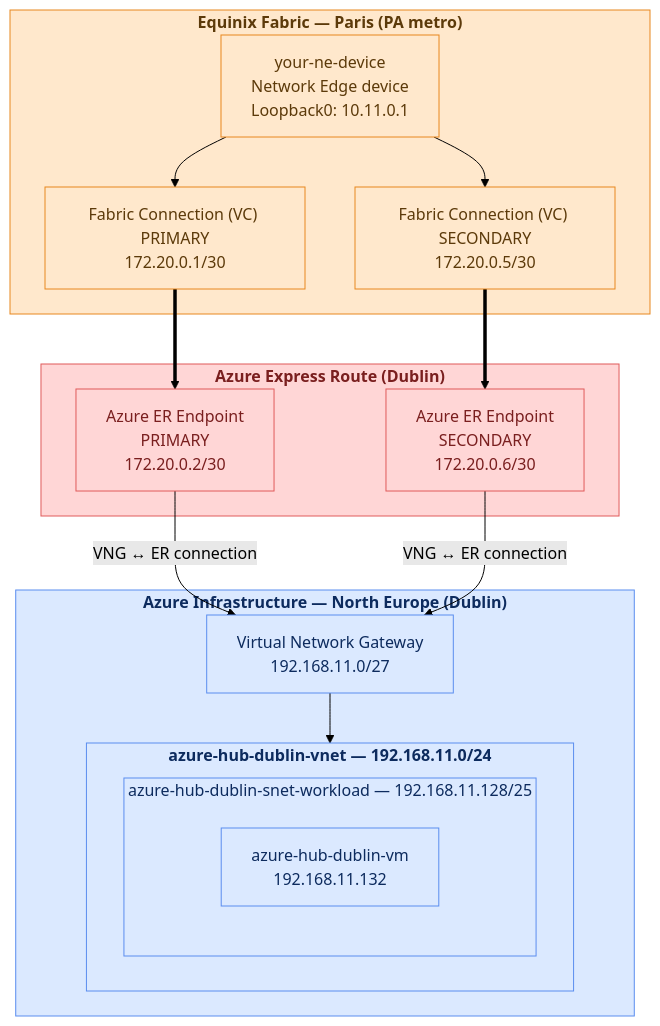
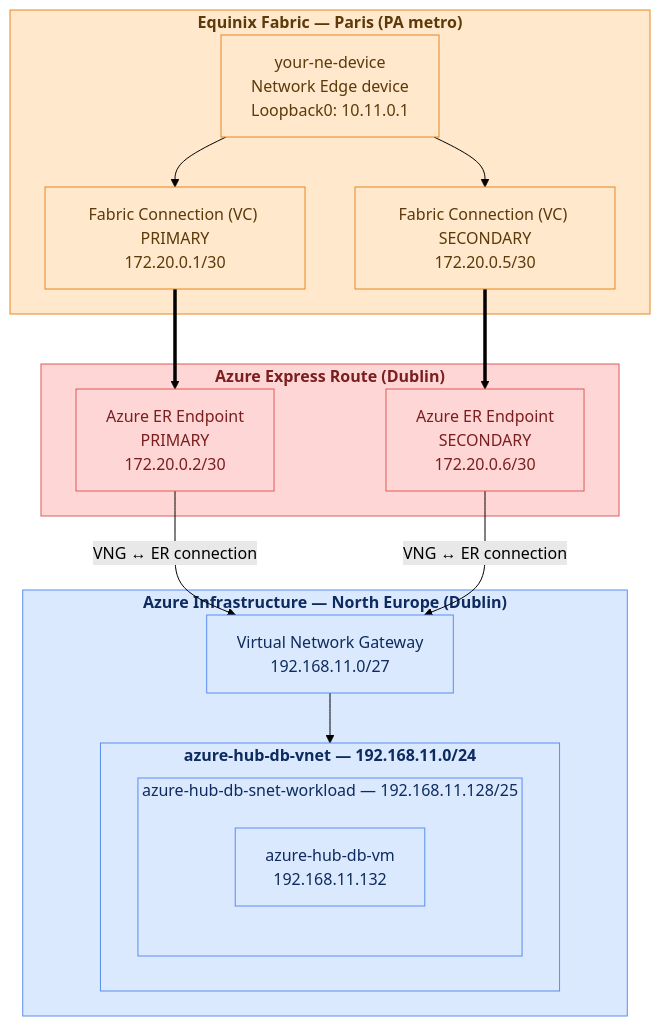
Before and after one commit to festrade-equinix/eqx-azure-hub-minimal: the diagram in README.md, drawn with Mermaid (forest theme). The commit also changed other lines of this file and 5 other files, not shown here.

````diff
--- a/README.md
+++ b/README.md
@@ -68,40 +51,40 @@
 ```mermaid
 flowchart TB
     subgraph EQX["<b>Equinix Fabric — Paris (PA metro)</b>"]
         Device["your-ne-device\nNetwork Edge device\nLoopback0: 10.11.0.1"]
         Primary["Fabric Connection (VC) PRIMARY\n172.20.0.1/30"]
         Secondary["Fabric Connection (VC) SECONDARY\n172.20.0.5/30"]
         Device --> Primary
         Device --> Secondary
     end
 
     subgraph ERC["<b>Azure Express Route (Dublin)</b>"]
         EPPrimary["Azure ER Endpoint\nPRIMARY\n172.20.0.2/30"]
         EPSecondary["Azure ER Endpoint\nSECONDARY\n172.20.0.6/30"]
     end
 
     subgraph AZR["<b>Azure Infrastructure — North Europe (Dublin)</b>"]
         VNG["Virtual Network Gateway\n192.168.11.0/27"]
 
-        subgraph VNet["<b>azure-hub-dublin-vnet — 192.168.11.0/24</b>"]
-            subgraph Workload["azure-hub-dublin-snet-workload — 192.168.11.128/25"]
-                VM["azure-hub-dublin-vm\n192.168.11.132"]
+        subgraph VNet["<b>azure-hub-db-vnet — 192.168.11.0/24</b>"]
+            subgraph Workload["azure-hub-db-snet-workload — 192.168.11.128/25"]
+                VM["azure-hub-db-vm\n192.168.11.132"]
             end
         end
 
         VNG --> VNet
     end
 
     Primary ==> EPPrimary
     Secondary ==> EPSecondary
     EPPrimary -->|VNG ↔ ER connection| VNG
     EPSecondary -->|VNG ↔ ER connection| VNG
 
     classDef equinix fill:#ffe8cc,stroke:#e8871e,color:#5c3a0a
     classDef azure fill:#dbe9ff,stroke:#5b8def,color:#0d2b5e
     classDef expressroute fill:#ffd6d6,stroke:#e05a5a,color:#7a1f1f
 
     class EQX,Device,Primary,Secondary equinix
     class AZR,VNG,VNet,Workload,VM azure
     class ERC,EPPrimary,EPSecondary expressroute
 ```
````
